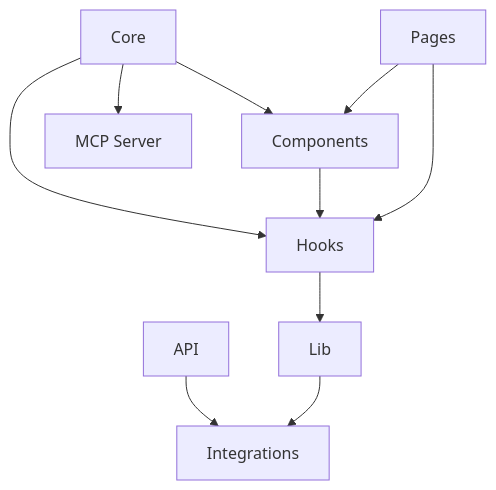
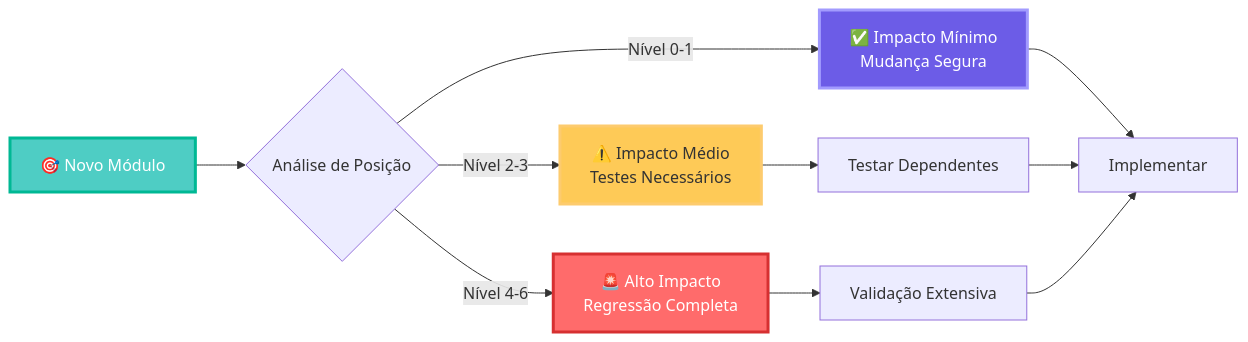
One commit to rpironato1/agendar-simples-barbearia changed the third of 5 diagrams in MODULAR-ARCHITECTURE-GUIDE.md. Above: the diagram before and after it, drawn with Mermaid. The commit also changed other lines of this file and 5 other files, not shown here.

Commit message:
Enhance documentation with dependency graph and route mapping using graph theory

````diff
--- a/MODULAR-ARCHITECTURE-GUIDE.md
+++ b/MODULAR-ARCHITECTURE-GUIDE.md
@@ -171,12 +451,19 @@
 ```mermaid
-graph TD
-    A[Pages] --> B[Components]
-    A --> C[Hooks]
-    B --> C
-    C --> D[Lib]
-    D --> E[Integrations]
-    F[Core] --> B
-    F --> C
-    F --> G[MCP Server]
-    H[API] --> E
+graph LR
+    A[🎯 Novo Módulo] --> B{Análise de Posição}
+    B -->|Nível 0-1| C[✅ Impacto Mínimo<br/>Mudança Segura]
+    B -->|Nível 2-3| D[⚠️ Impacto Médio<br/>Testes Necessários]  
+    B -->|Nível 4-6| E[🚨 Alto Impacto<br/>Regressão Completa]
+    
+    C --> F[Implementar]
+    D --> G[Testar Dependentes]
+    E --> H[Validação Extensiva]
+    
+    G --> F
+    H --> F
+    
+    style A fill:#4ecdc4,stroke:#00b894,stroke-width:3px,color:#fff
+    style C fill:#6c5ce7,stroke:#a29bfe,stroke-width:3px,color:#fff
+    style D fill:#feca57,stroke:#fdcb6e,stroke-width:3px,color:#333
+    style E fill:#ff6b6b,stroke:#d63031,stroke-width:3px,color:#fff
 ```
````
